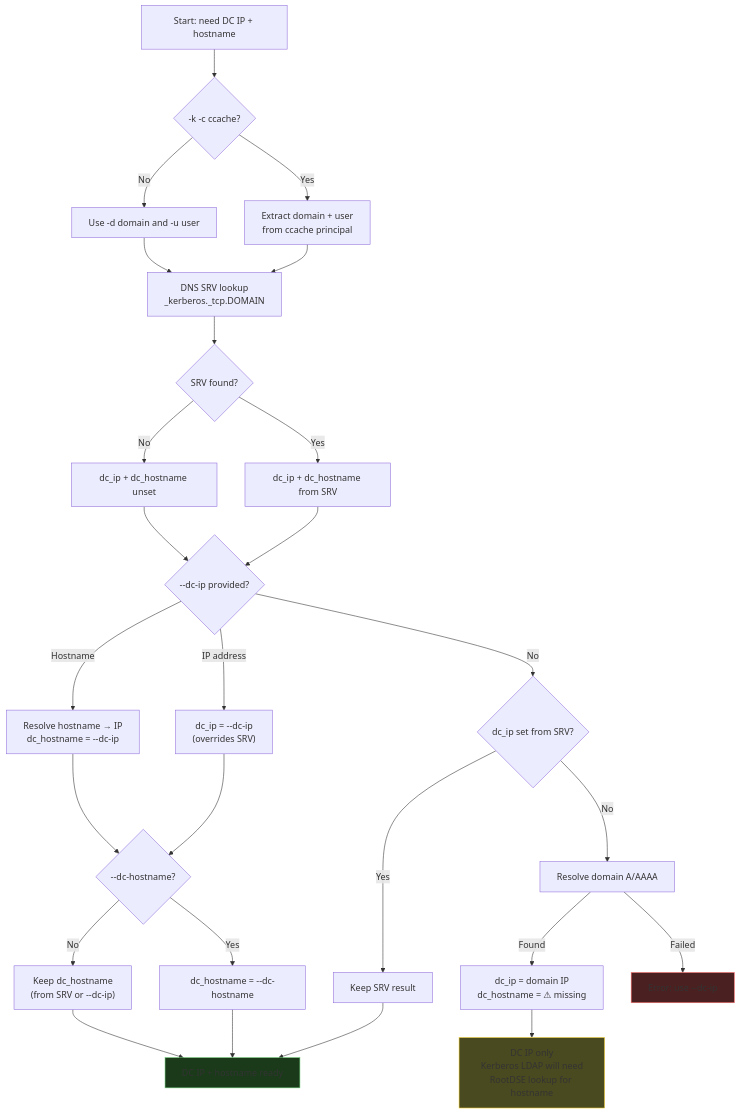
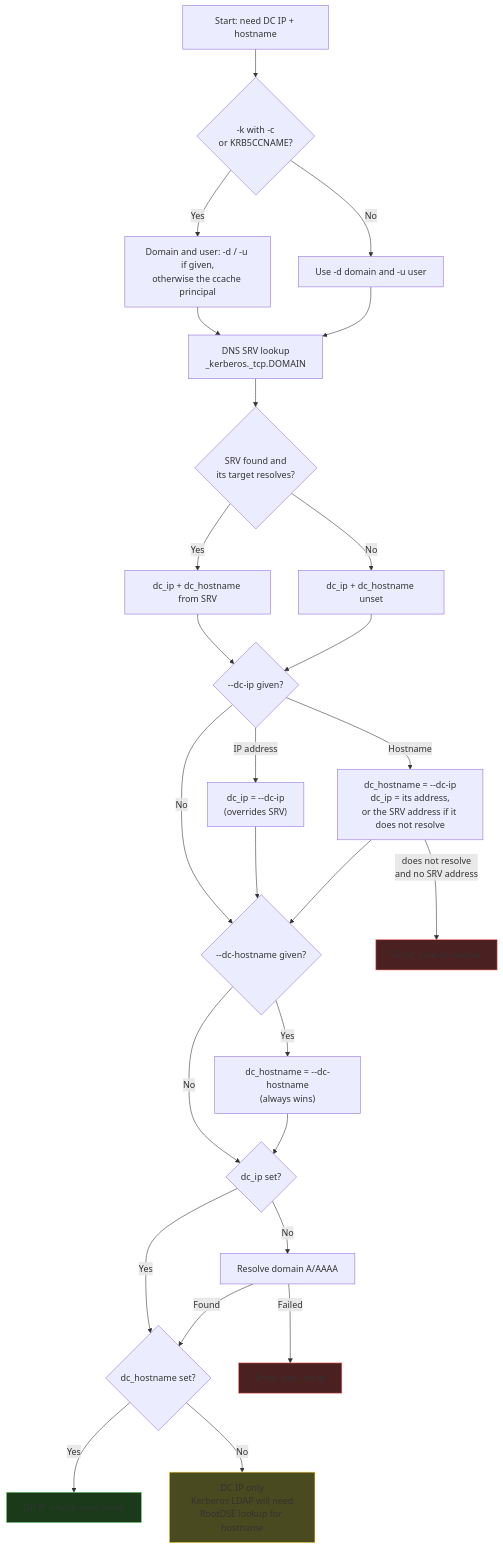
The third of 3 diagrams in docs/guide/index.md (StrongWind1/KerbWolf), drawn with Mermaid before and after one commit. The commit also changed other lines of this file and 13 other files, not shown here.

````diff
--- a/docs/guide/index.md
+++ b/docs/guide/index.md
@@ -156,33 +156,35 @@
 ```mermaid
 flowchart TD
-    A["Start: need DC IP + hostname"] --> B{"-k -c ccache?"}
-    B -->|Yes| C["Extract domain + user<br/>from ccache principal"]
+    A["Start: need DC IP + hostname"] --> B{"-k with -c<br/>or KRB5CCNAME?"}
+    B -->|Yes| C["Domain and user: -d / -u if given,<br/>otherwise the ccache principal"]
     B -->|No| D["Use -d domain and -u user"]
 
     C & D --> E["DNS SRV lookup<br/>_kerberos._tcp.DOMAIN"]
-    E --> F{"SRV found?"}
+    E --> F{"SRV found and<br/>its target resolves?"}
     F -->|Yes| G["dc_ip + dc_hostname from SRV"]
     F -->|No| G2["dc_ip + dc_hostname unset"]
 
-    G & G2 --> H{"--dc-ip provided?"}
+    G & G2 --> H{"--dc-ip given?"}
     H -->|IP address| I["dc_ip = --dc-ip<br/>(overrides SRV)"]
-    H -->|Hostname| I2["Resolve hostname → IP<br/>dc_hostname = --dc-ip"]
-    H -->|No| J{"dc_ip set from SRV?"}
+    H -->|Hostname| I2["dc_hostname = --dc-ip<br/>dc_ip = its address,<br/>or the SRV address if it does not resolve"]
+    H -->|No| M
+
+    I2 -->|"does not resolve<br/>and no SRV address"| O["Error: cannot resolve"]
+    I & I2 --> M{"--dc-hostname given?"}
+    M -->|Yes| M2["dc_hostname = --dc-hostname<br/>(always wins)"]
+    M -->|No| J
+    M2 --> J{"dc_ip set?"}
 
     J -->|No| K["Resolve domain A/AAAA"]
-    J -->|Yes| L["Keep SRV result"]
+    J -->|Yes| R
+    K -->|Found| R{"dc_hostname set?"}
+    K -->|Failed| O2["Error: use --dc-ip"]
 
-    I & I2 --> M{"--dc-hostname?"}
-    M -->|Yes| M2["dc_hostname = --dc-hostname"]
-    M -->|No| M3["Keep dc_hostname<br/>(from SRV or --dc-ip)"]
-
-    K -->|Found| N["dc_ip = domain IP<br/>dc_hostname = ⚠ missing"]
-    K -->|Failed| O["Error: use --dc-ip"]
-
-    L & M2 & M3 --> P["DC IP + hostname ready"]
-    N --> Q["DC IP only<br/>Kerberos LDAP will need<br/>RootDSE lookup for hostname"]
+    R -->|Yes| P["DC IP + hostname ready"]
+    R -->|No| Q["DC IP only<br/>Kerberos LDAP will need<br/>RootDSE lookup for hostname"]
 
     style P fill:#1a3a1a,stroke:#6bcb77
     style Q fill:#4a4a20,stroke:#ffd93d
     style O fill:#4a2020,stroke:#ff6b6b
+    style O2 fill:#4a2020,stroke:#ff6b6b
 ```
````
